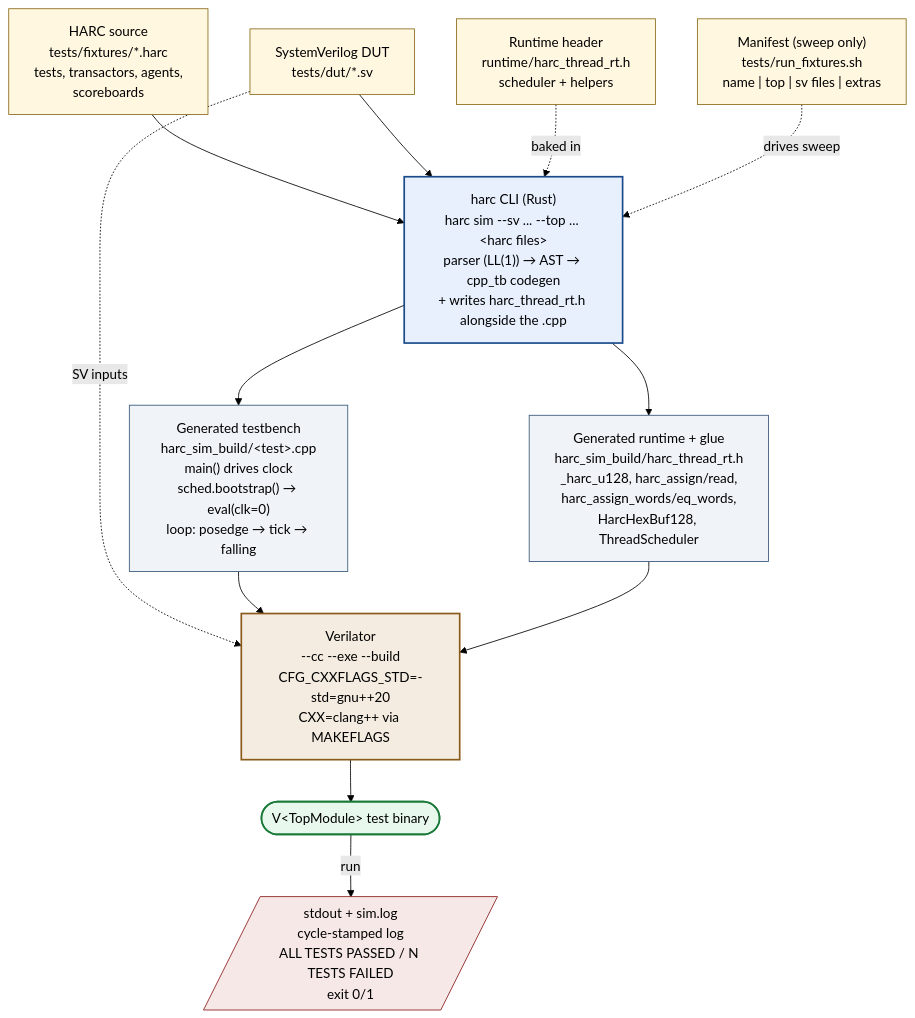
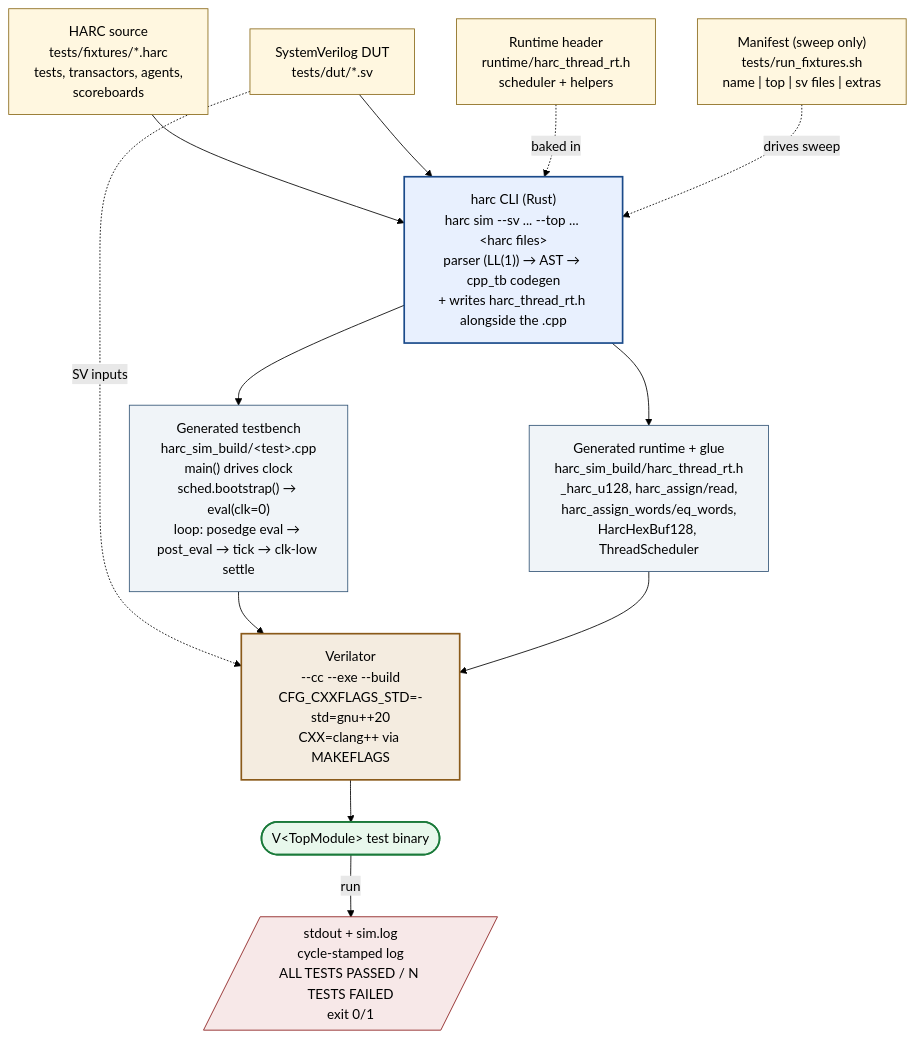
The second of 2 diagrams in spec.md (arch-hdl-lang/harc-com), drawn with Mermaid (forest theme) before and after one commit. The commit also changed other lines of this file, not shown here.

Commit message:
Document HARC simulation evaluation order

````diff
--- a/spec.md
+++ b/spec.md
@@ -2068,43 +2069,43 @@
 ```mermaid
 flowchart TB
     Harc["HARC source<br/>tests/fixtures/*.harc<br/>tests, transactors, agents,<br/>scoreboards"]
     Sv["SystemVerilog DUT<br/>tests/dut/*.sv"]
     Rt["Runtime header<br/>runtime/harc_thread_rt.h<br/>scheduler + helpers"]
     Manifest["Manifest (sweep only)<br/>tests/run_fixtures.sh<br/>name | top | sv files | extras"]
 
     Cli["harc CLI (Rust)<br/>harc sim --sv ... --top ... &lt;harc files&gt;<br/>parser (LL(1)) → AST → cpp_tb codegen<br/>+ writes harc_thread_rt.h alongside the .cpp"]
 
-    Cpp["Generated testbench<br/>harc_sim_build/&lt;test&gt;.cpp<br/>main() drives clock<br/>sched.bootstrap() → eval(clk=0)<br/>loop: posedge → tick → falling"]
+    Cpp["Generated testbench<br/>harc_sim_build/&lt;test&gt;.cpp<br/>main() drives clock<br/>sched.bootstrap() → eval(clk=0)<br/>loop: posedge eval → post_eval → tick → clk-low settle"]
     RtGen["Generated runtime + glue<br/>harc_sim_build/harc_thread_rt.h<br/>_harc_u128, harc_assign/read,<br/>harc_assign_words/eq_words,<br/>HarcHexBuf128, ThreadScheduler"]
 
     Vrl["Verilator<br/>--cc --exe --build<br/>CFG_CXXFLAGS_STD=-std=gnu++20<br/>CXX=clang++ via MAKEFLAGS"]
 
     Bin(["V&lt;TopModule&gt; test binary"])
     Out[/"stdout + sim.log<br/>cycle-stamped log<br/>ALL TESTS PASSED / N TESTS FAILED<br/>exit 0/1"/]
 
     Harc --> Cli
     Sv --> Cli
     Sv -. SV inputs .-> Vrl
     Cli --> Cpp
     Cli --> RtGen
     Rt -. baked in .-> Cli
     Cpp --> Vrl
     RtGen --> Vrl
     Vrl --> Bin
     Bin -- run --> Out
     Manifest -. drives sweep .-> Cli
 
     classDef src fill:#fff7e0,stroke:#8a6a1a;
     classDef tool fill:#e8f0fe,stroke:#1a4a8a,stroke-width:2px;
     classDef gen fill:#f0f4f8,stroke:#335577;
     classDef vrl fill:#f4ece0,stroke:#8a5a1a,stroke-width:2px;
     classDef bin fill:#e8f8ec,stroke:#1a7a3a,stroke-width:2px;
     classDef out fill:#f7e8e8,stroke:#8a1a1a;
 
     class Harc,Sv,Rt,Manifest src;
     class Cli tool;
     class Cpp,RtGen gen;
     class Vrl vrl;
     class Bin bin;
     class Out out;
 ```
````
